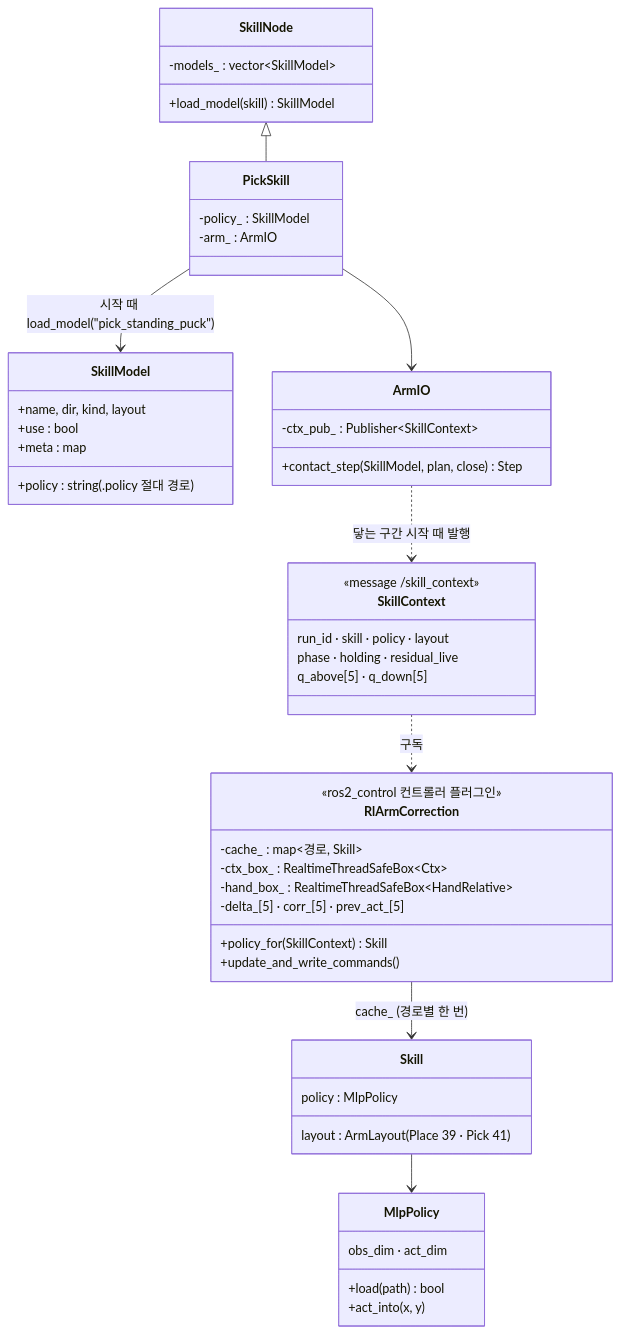
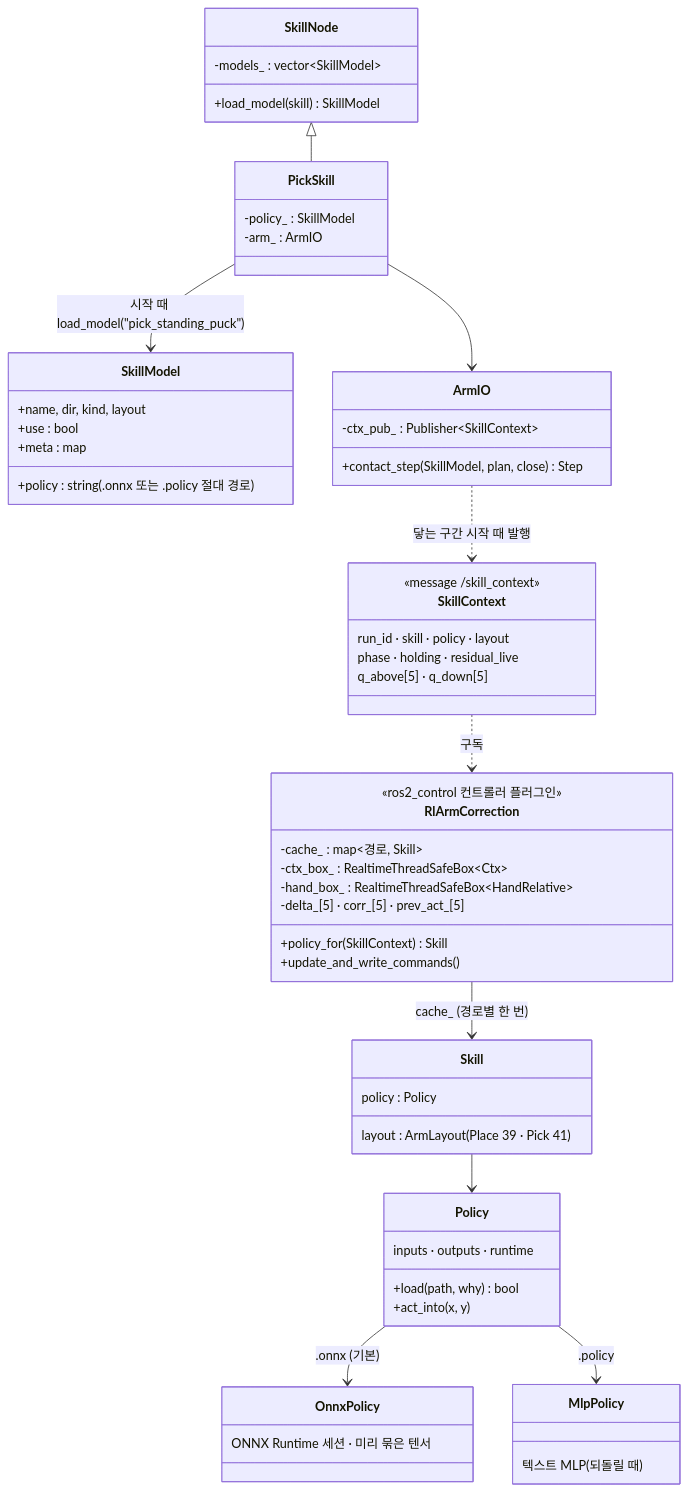
One commit to JuneKunst/JuneKunst.github.io changed the first of 7 diagrams in bee/policy-runtime.md. Above: the diagram before and after it, drawn with Mermaid. The commit also changed other lines of this file and 3 other files, not shown here.

Commit message:
bee: PR #97 적용 기준으로 — 정책 실행 순서 페이지를 ml::Policy · OnnxPolicy 순서도로 · 지금 구조 기준 줄

````diff
--- a/bee/policy-runtime.md
+++ b/bee/policy-runtime.md
@@ -30,52 +31,60 @@
 ```mermaid
 classDiagram
   class SkillNode {
     +load_model(skill) SkillModel
     -models_ : vector~SkillModel~
   }
   class PickSkill {
     -policy_ : SkillModel
     -arm_ : ArmIO
   }
   class SkillModel {
     +name, dir, kind, layout
-    +policy : string  (.policy 절대 경로)
+    +policy : string  (.onnx 또는 .policy 절대 경로)
     +use : bool
     +meta : map
   }
   class ArmIO {
     +contact_step(SkillModel, plan, close) Step
     -ctx_pub_ : Publisher~SkillContext~
   }
   class SkillContext {
     <<message /skill_context>>
     run_id · skill · policy · layout
     phase · holding · residual_live
     q_above[5] · q_down[5]
   }
   class RlArmCorrection {
     <<ros2_control 컨트롤러 플러그인>>
     -cache_ : map~경로, Skill~
     -ctx_box_ : RealtimeThreadSafeBox~Ctx~
     -hand_box_ : RealtimeThreadSafeBox~HandRelative~
     -delta_[5] · corr_[5] · prev_act_[5]
     +policy_for(SkillContext) Skill
     +update_and_write_commands()
   }
   class Skill {
     layout : ArmLayout (Place 39 · Pick 41)
-    policy : MlpPolicy
+    policy : Policy
+  }
+  class Policy {
+    +load(path, why) bool
+    +act_into(x, y)
+    inputs · outputs · runtime
+  }
+  class OnnxPolicy {
+    ONNX Runtime 세션 · 미리 묶은 텐서
   }
   class MlpPolicy {
-    +load(path) bool
-    +act_into(x, y)
-    obs_dim · act_dim
+    텍스트 MLP (되돌릴 때)
   }
   SkillNode <|-- PickSkill
   PickSkill --> SkillModel : 시작 때 load_model("pick_standing_puck")
   PickSkill --> ArmIO
   ArmIO ..> SkillContext : 닿는 구간 시작 때 발행
   SkillContext ..> RlArmCorrection : 구독
   RlArmCorrection --> Skill : cache_ (경로별 한 번)
-  Skill --> MlpPolicy
+  Skill --> Policy
+  Policy --> OnnxPolicy : .onnx (기본)
+  Policy --> MlpPolicy : .policy
 ```
````
